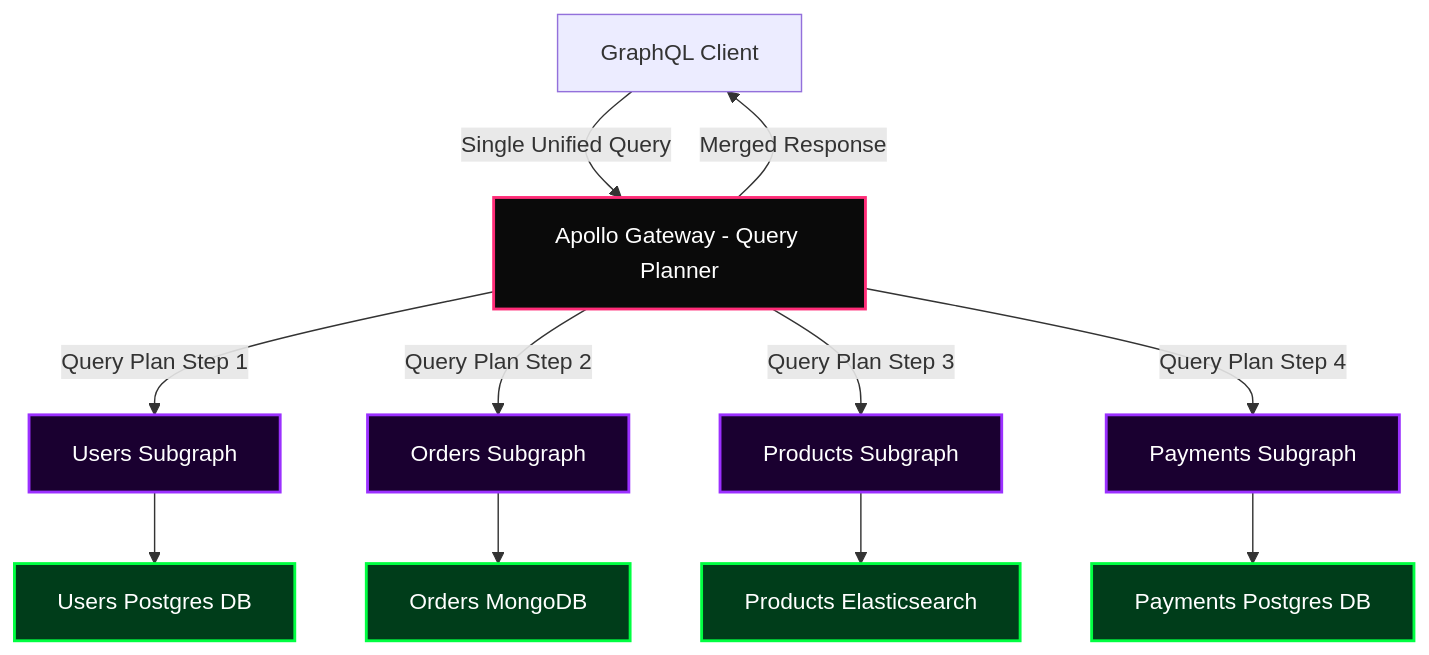
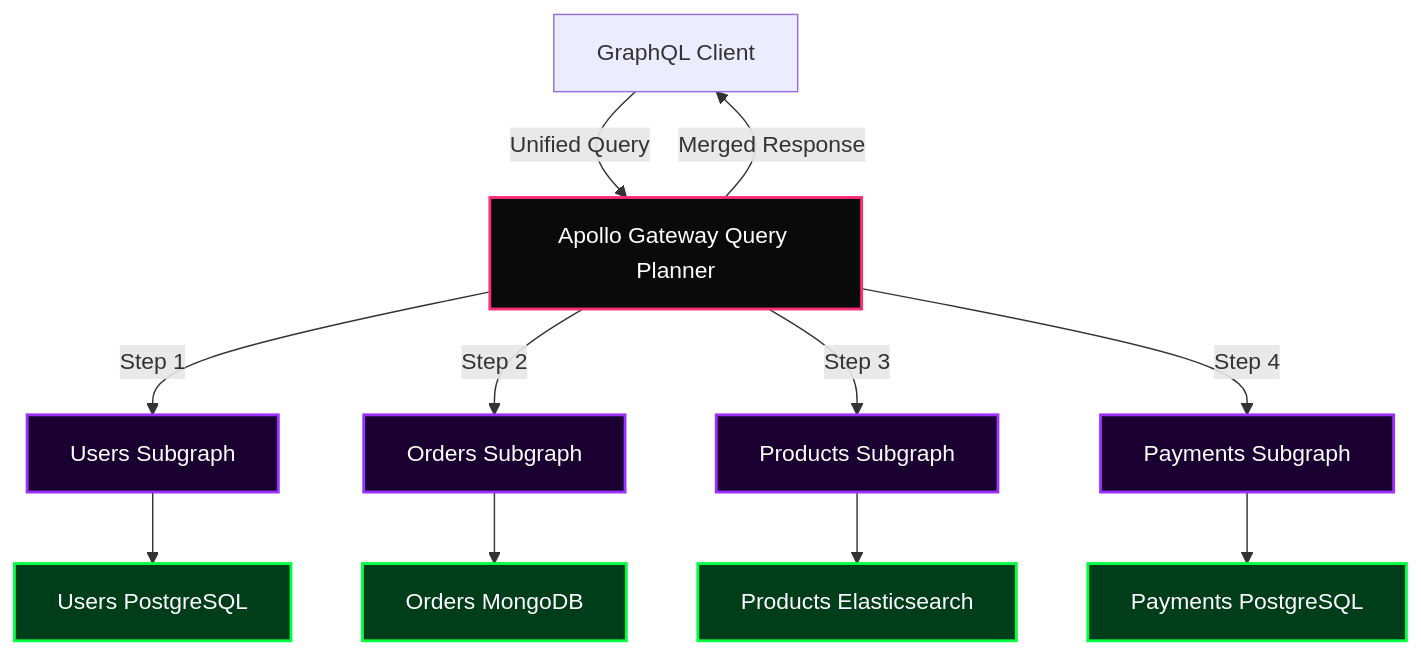
One commit to NewNexus001/newnexus001 changed the tenth of 25 diagrams in README.md. Above: the diagram before and after it, drawn with Mermaid. The commit also changed other lines of this file, not shown here.

````diff
--- a/README.md
+++ b/README.md
@@ -376,17 +342,17 @@
 ```mermaid
 graph TD
-    classDef gateway fill:#0a0a0a,stroke:#FF2D78,stroke-width:2px,color:#fff
+    classDef gw fill:#0a0a0a,stroke:#FF2D78,stroke-width:2px,color:#fff
     classDef sub fill:#1a0030,stroke:#9B30FF,stroke-width:2px,color:#fff
     classDef db fill:#003d1a,stroke:#00FF41,stroke-width:2px,color:#fff
 
-    CLIENT["GraphQL Client"] -->|Single Unified Query| GW["Apollo Gateway - Query Planner"]:::gateway
-    GW -->|Query Plan Step 1| US["Users Subgraph"]:::sub
-    GW -->|Query Plan Step 2| OS["Orders Subgraph"]:::sub
-    GW -->|Query Plan Step 3| PS["Products Subgraph"]:::sub
-    GW -->|Query Plan Step 4| PN["Payments Subgraph"]:::sub
-    US --> UDB["Users Postgres DB"]:::db
+    CLIENT["GraphQL Client"] -->|Unified Query| GW["Apollo Gateway Query Planner"]:::gw
+    GW -->|Step 1| US["Users Subgraph"]:::sub
+    GW -->|Step 2| OS["Orders Subgraph"]:::sub
+    GW -->|Step 3| PS["Products Subgraph"]:::sub
+    GW -->|Step 4| PN["Payments Subgraph"]:::sub
+    US --> UDB["Users PostgreSQL"]:::db
     OS --> ODB["Orders MongoDB"]:::db
     PS --> PDB["Products Elasticsearch"]:::db
-    PN --> PDB2["Payments Postgres DB"]:::db
+    PN --> PDB2["Payments PostgreSQL"]:::db
     GW -->|Merged Response| CLIENT
 ```
````
